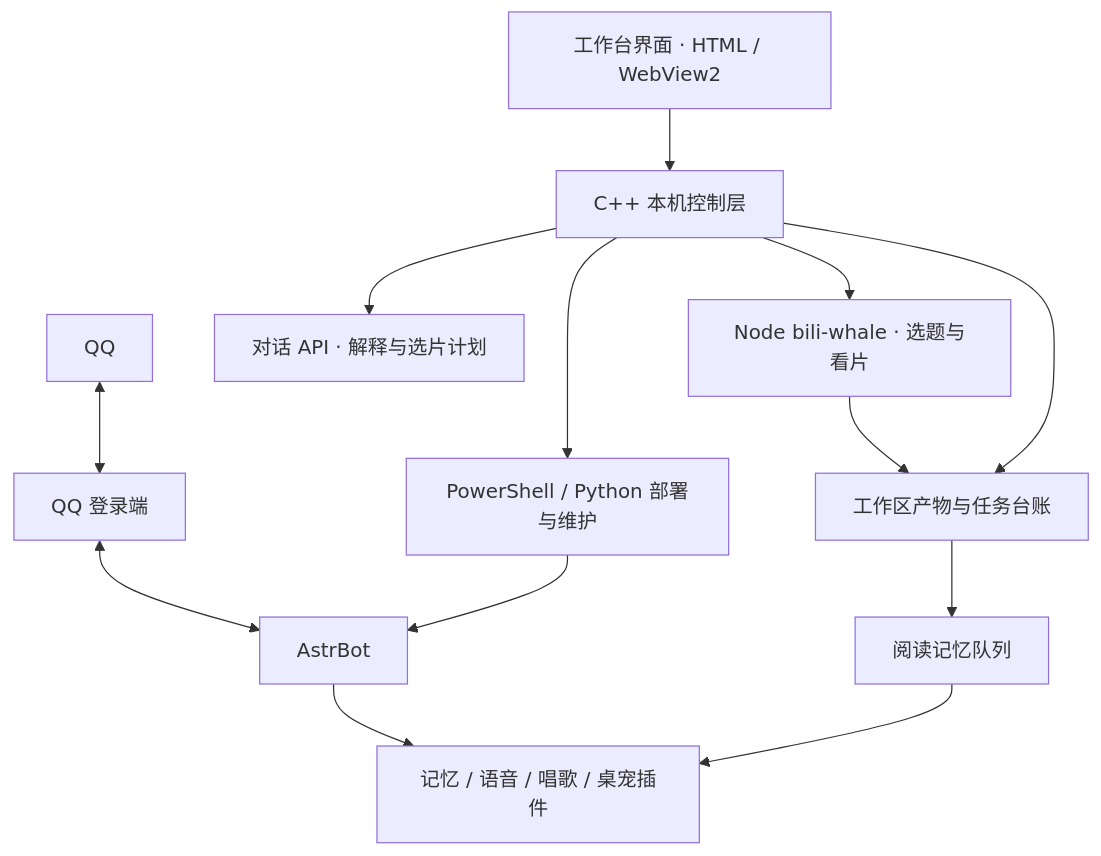
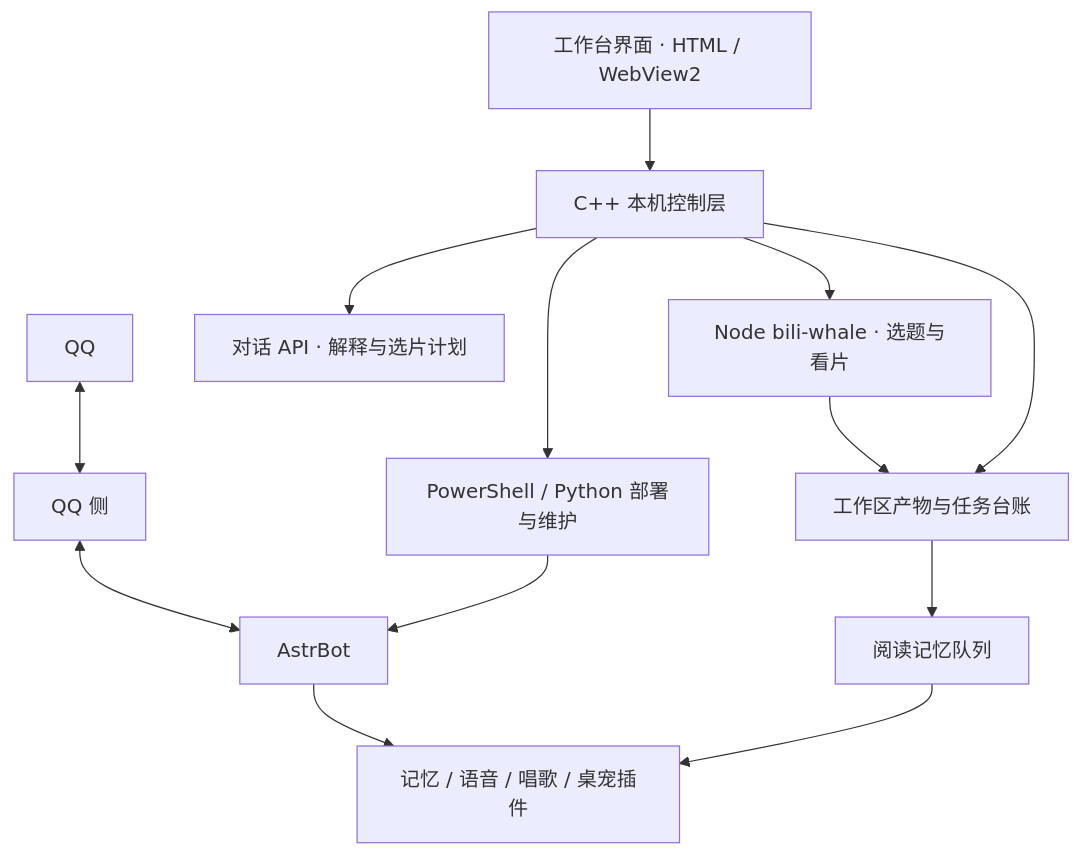
One commit to linyuehua0010/mingling-workbench changed the diagram in docs/项目总览.md. Above: the diagram before and after it, drawn with Mermaid. The commit also changed other lines of this file and 34 other files, not shown here.

````diff
--- a/docs/项目总览.md
+++ b/docs/项目总览.md
@@ -56,17 +56,17 @@
 ```mermaid
 flowchart TD
     UI["工作台界面 · HTML / WebView2"] --> Core["C++ 本机控制层"]
     Core --> Setup["PowerShell / Python 部署与维护"]
     Core --> Whale["Node bili-whale · 选题与看片"]
     Core --> API["对话 API · 解释与选片计划"]
 
-    QQ["QQ"] <--> QQLogin["QQ 登录端"]
+    QQ["QQ"] <--> QQLogin["QQ 侧"]
     QQLogin <--> Astr["AstrBot"]
     Setup --> Astr
     Astr --> Plugins["记忆 / 语音 / 唱歌 / 桌宠插件"]
 
     Whale --> Records["工作区产物与任务台账"]
     Core --> Records
     Records --> Queue["阅读记忆队列"]
     Queue --> Plugins
 ```
````
